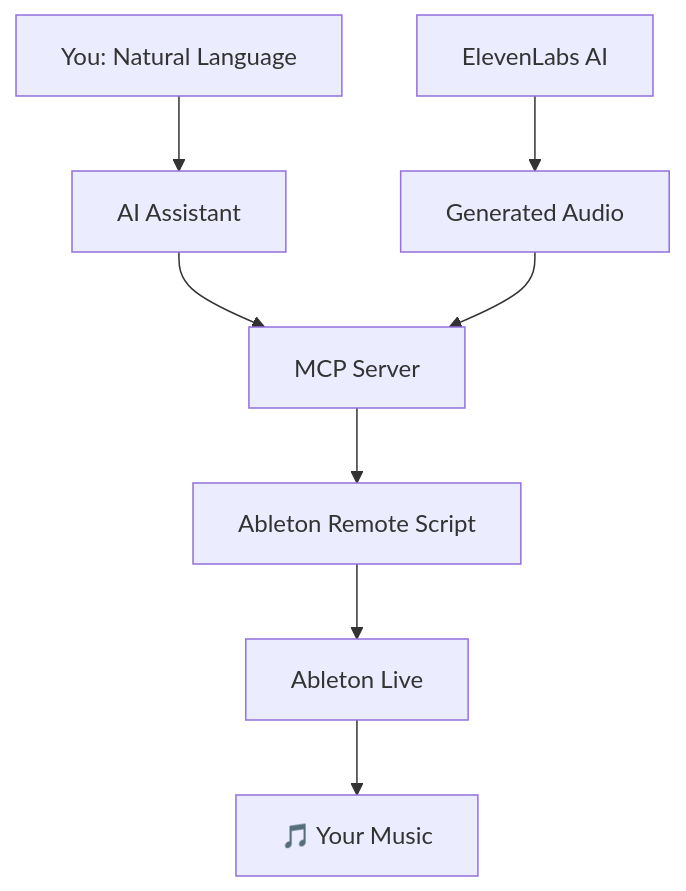
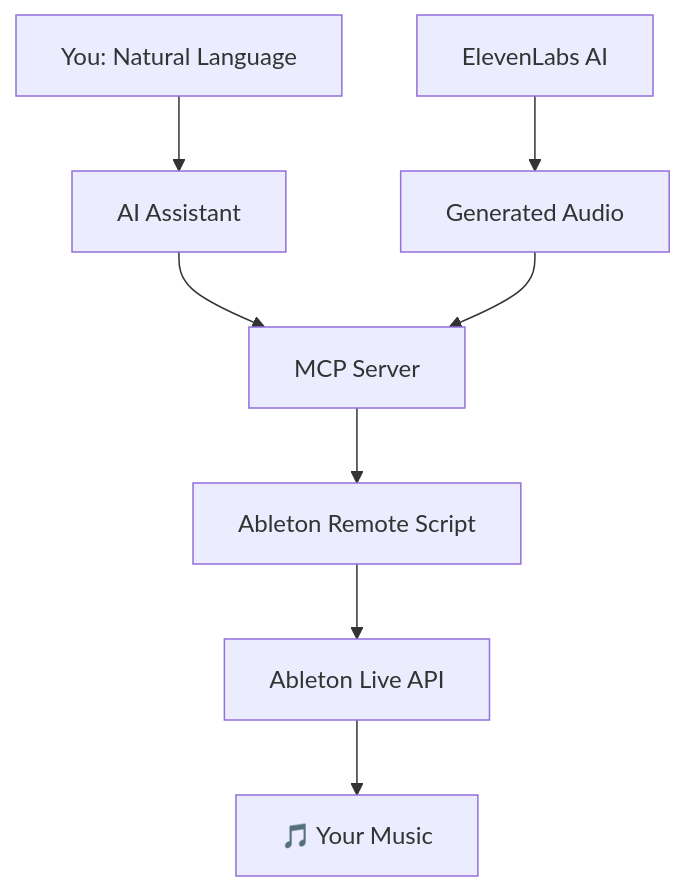
The diagram in README.md (uisato/ableton-mcp-extended), drawn with Mermaid before and after one commit. The commit also changed other lines of this file, not shown here.

````diff
--- a/README.md
+++ b/README.md
@@ -142,11 +127,11 @@
 ```mermaid
 graph TB
     A[You: Natural Language] --> B[AI Assistant]
     B --> C[MCP Server]
     C --> D[Ableton Remote Script]
-    D --> E[Ableton Live]
+    D --> E[Ableton Live API]
     E --> F[🎵 Your Music]
     
     G[ElevenLabs AI] --> H[Generated Audio]
     H --> C
 ```
````
